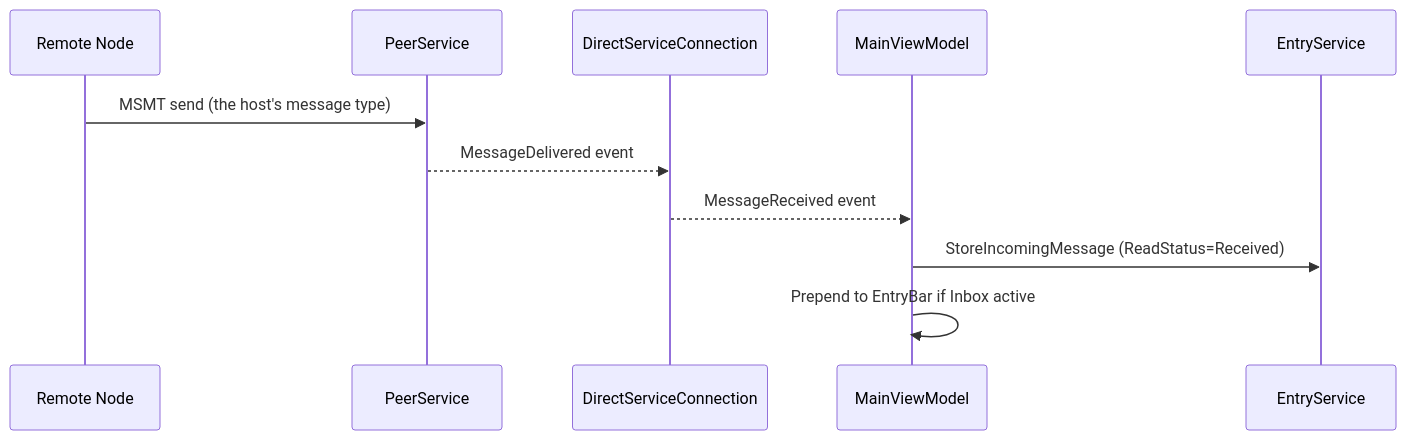
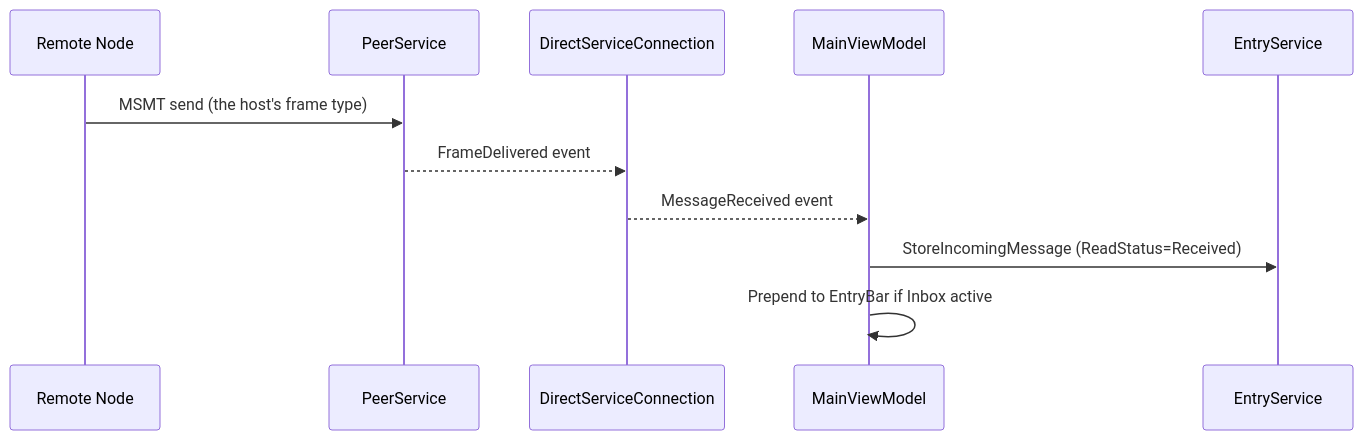
Before and after one commit to Blue-Heighliner/Comlink: the third of 5 diagrams in Docs/Architecture.md, drawn with Mermaid. The commit also changed other lines of this file and 117 other files, not shown here.

````diff
--- a/Docs/Architecture.md
+++ b/Docs/Architecture.md
@@ -90,13 +90,13 @@
 ```mermaid
 sequenceDiagram
     participant RN as Remote Node
     participant PS as PeerService
     participant DSC as DirectServiceConnection
     participant MVM as MainViewModel
     participant ES as EntryService
-    RN->>PS: MSMT send (the host's message type)
-    PS-->>DSC: MessageDelivered event
+    RN->>PS: MSMT send (the host's frame type)
+    PS-->>DSC: FrameDelivered event
     DSC-->>MVM: MessageReceived event
     MVM->>ES: StoreIncomingMessage (ReadStatus=Received)
     MVM->>MVM: Prepend to EntryBar if Inbox active
 ```
````
